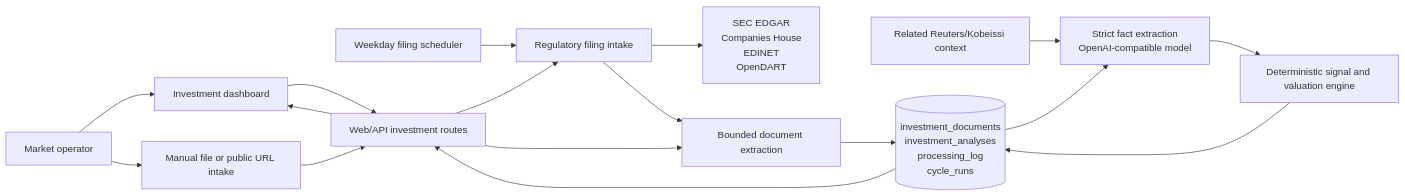
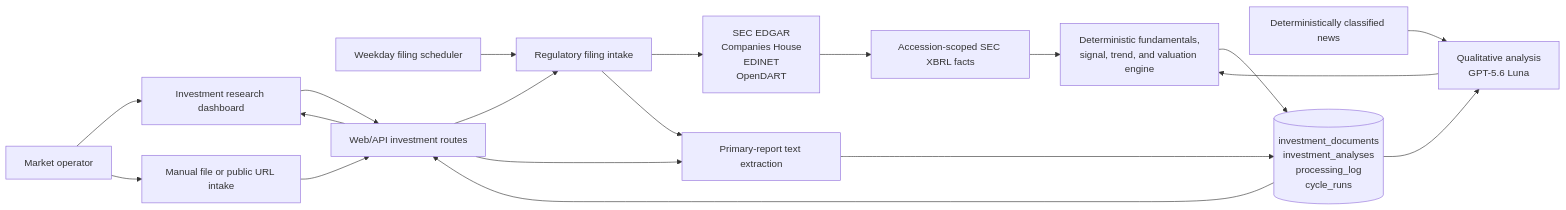
One commit to cpu23/trading-data-platform changed the diagram in docs/investment-research.md. Above: the diagram before and after it, drawn with Mermaid. The commit also changed other lines of this file and 161 other files, not shown here.

````diff
--- a/docs/investment-research.md
+++ b/docs/investment-research.md
@@ -19,26 +20,28 @@
 ```mermaid
 flowchart LR
     Operator["Market operator"]
     Scheduler["Weekday filing scheduler"]
     API["Web/API investment routes"]
     Filing["Regulatory filing intake"]
     Manual["Manual file or public URL intake"]
     Regulators["SEC EDGAR<br/>Companies House<br/>EDINET<br/>OpenDART"]
-    Extract["Bounded document extraction"]
-    LLM["Strict fact extraction<br/>OpenAI-compatible model"]
-    Rules["Deterministic signal and valuation engine"]
-    News["Related Reuters/Kobeissi context"]
+    Extract["Primary-report text extraction"]
+    XBRL["Accession-scoped SEC XBRL facts"]
+    LLM["Qualitative analysis<br/>GPT-5.6 Luna"]
+    Rules["Deterministic fundamentals,<br/>signal, trend, and valuation engine"]
+    News["Deterministically classified news"]
     DB[("investment_documents<br/>investment_analyses<br/>processing_log<br/>cycle_runs")]
-    UI["Investment dashboard"]
+    UI["Investment research dashboard"]
 
     Operator --> UI --> API
     Operator --> Manual --> API
     Scheduler --> Filing
     API --> Filing --> Regulators
     Filing --> Extract
     API --> Extract --> DB
+    Regulators --> XBRL --> Rules
     DB --> LLM
     News --> LLM
     LLM --> Rules --> DB
     DB --> API --> UI
 ```
````
